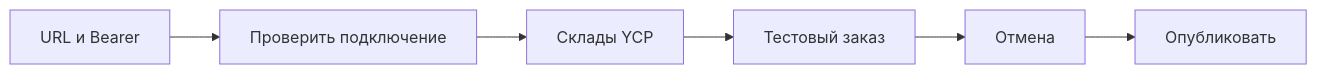
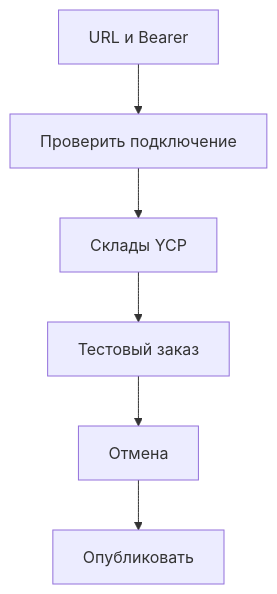
Before and after one commit to modx-pro/Docs: the diagram in docs/components/msyandexcommerce/production-go-live.md, drawn with Mermaid. The commit also changed 5 other files, not shown here.

First line of the commit message:
fix(msyandexcommerce): вертикальные Mermaid-схемы

````diff
--- a/docs/components/msyandexcommerce/production-go-live.md
+++ b/docs/components/msyandexcommerce/production-go-live.md
@@ -199,8 +199,8 @@
 ```mermaid
-flowchart LR
+flowchart TB
   Url[URL и Bearer] --> Check[Проверить подключение]
   Check --> Wh[Склады YCP]
   Wh --> Order[Тестовый заказ]
   Order --> Cancel[Отмена]
   Cancel --> Pub[Опубликовать]
 ```
````
